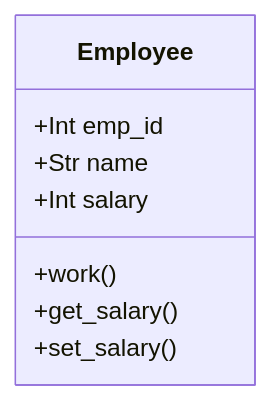
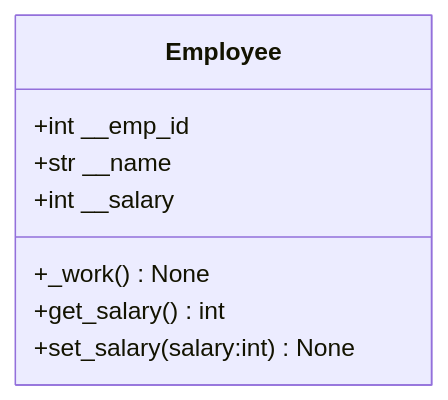
The first of 2 diagrams in class_diagram/README.md (kaerusapiens/UML), drawn with Mermaid before and after one commit. The commit also changed other lines of this file and 1 other file, not shown here.

Commit message:
decoratorを用いたコード練習

````diff
--- a/class_diagram/README.md
+++ b/class_diagram/README.md
@@ -9,11 +13,12 @@
 ```mermaid
-
+ 
 classDiagram
-    class Employee
-    Employee : +Int emp_id
-    Employee : +Str name
-    Employee : +Int salary
-    Employee : +work()
-    Employee : +get_salary()
-    Employee : +set_salary()
+    class Employee {
+        +int __emp_id
+        +str __name
+        +int __salary
+        +_work() None
+        +get_salary() int
+        +set_salary(salary:int) None
+    }
 ```
````
